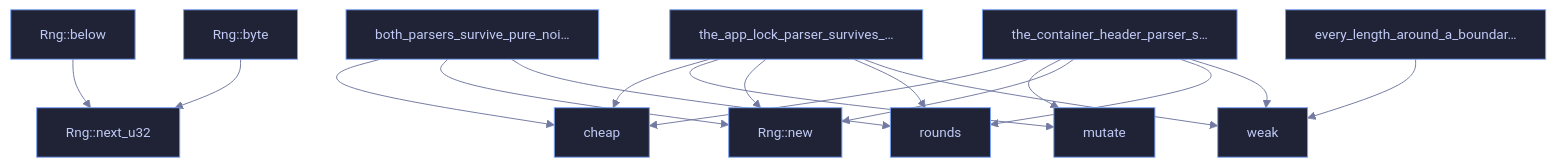
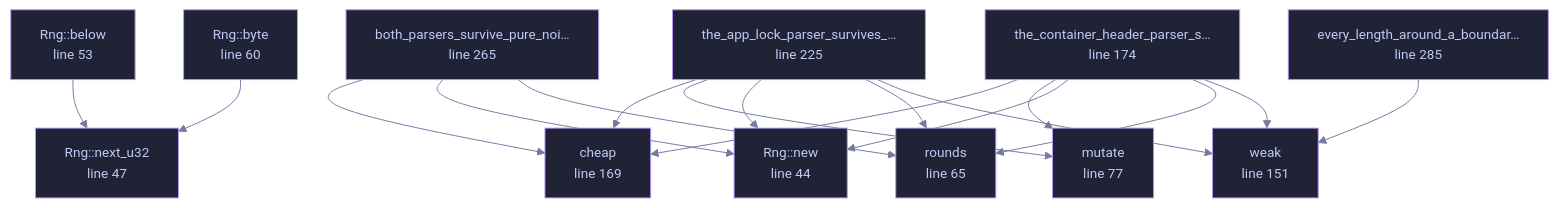
Before and after one commit to tilas01/veilvoice: the diagram in docs/files/veilvoice-crypto/tests-parser_fuzz.md, drawn with Mermaid. The commit also changed other lines of this file and 182 other files, not shown here.

````diff
--- a/docs/files/veilvoice-crypto/tests-parser_fuzz.md
+++ b/docs/files/veilvoice-crypto/tests-parser_fuzz.md
@@ -66,32 +77,34 @@
 ```mermaid
 %%{init: {"theme":"base","themeVariables":{"background":"#1a1b26","primaryColor":"#1f2335","primaryTextColor":"#c0caf5","primaryBorderColor":"#7aa2f7","secondaryColor":"#16161e","tertiaryColor":"#16161e","lineColor":"#737aa2","textColor":"#c0caf5","mainBkg":"#1f2335","nodeBorder":"#7aa2f7","clusterBkg":"#16161e","clusterBorder":"#2f3549","fontFamily":"ui-monospace, SFMono-Regular, Consolas, monospace","fontSize":"14px"}}}%%
 flowchart TD
-    n_new["Rng::new"]
-    n_next_u32["Rng::next_u32"]
-    n_below["Rng::below"]
-    n_byte["Rng::byte"]
-    n_rounds["rounds"]
-    n_mutate["mutate"]
-    n_weak["weak"]
-    n_cheap["cheap"]
-    n_the_container_header_parser_survives_hostile_input["the_container_header_parser_s…"]
-    n_the_app_lock_parser_survives_hostile_input["the_app_lock_parser_survives_…"]
-    n_both_parsers_survive_pure_noise["both_parsers_survive_pure_noi…"]
-    n_every_length_around_a_boundary_is_handled["every_length_around_a_boundar…"]
+    n_new["Rng::new<br/>line 44"]
+    n_next_u32["Rng::next_u32<br/>line 47"]
+    n_below["Rng::below<br/>line 53"]
+    n_byte["Rng::byte<br/>line 60"]
+    n_rounds["rounds<br/>line 65"]
+    n_mutate["mutate<br/>line 77"]
+    n_weak["weak<br/>line 151"]
+    n_cheap["cheap<br/>line 169"]
+    n_the_container_header_parser_survives_hostile_input["the_container_header_parser_s…<br/>line 174"]
+    n_the_app_lock_parser_survives_hostile_input["the_app_lock_parser_survives_…<br/>line 225"]
+    n_both_parsers_survive_pure_noise["both_parsers_survive_pure_noi…<br/>line 265"]
+    n_every_length_around_a_boundary_is_handled["every_length_around_a_boundar…<br/>line 285"]
     n_below --> n_next_u32
     n_both_parsers_survive_pure_noise --> n_cheap
     n_both_parsers_survive_pure_noise --> n_new
     n_both_parsers_survive_pure_noise --> n_rounds
     n_byte --> n_next_u32
     n_every_length_around_a_boundary_is_handled --> n_weak
     n_the_app_lock_parser_survives_hostile_input --> n_cheap
     n_the_app_lock_parser_survives_hostile_input --> n_mutate
     n_the_app_lock_parser_survives_hostile_input --> n_new
     n_the_app_lock_parser_survives_hostile_input --> n_rounds
     n_the_app_lock_parser_survives_hostile_input --> n_weak
     n_the_container_header_parser_survives_hostile_input --> n_cheap
     n_the_container_header_parser_survives_hostile_input --> n_mutate
     n_the_container_header_parser_survives_hostile_input --> n_new
     n_the_container_header_parser_survives_hostile_input --> n_rounds
     n_the_container_header_parser_survives_hostile_input --> n_weak
+    classDef helper fill:#1f2335,stroke:#bb9af7,color:#c0caf5
+    class n_new,n_next_u32,n_below,n_byte,n_rounds,n_mutate,n_weak,n_cheap,n_the_container_header_parser_survives_hostile_input,n_the_app_lock_parser_survives_hostile_input,n_both_parsers_survive_pure_noise,n_every_length_around_a_boundary_is_handled helper
 ```
````
